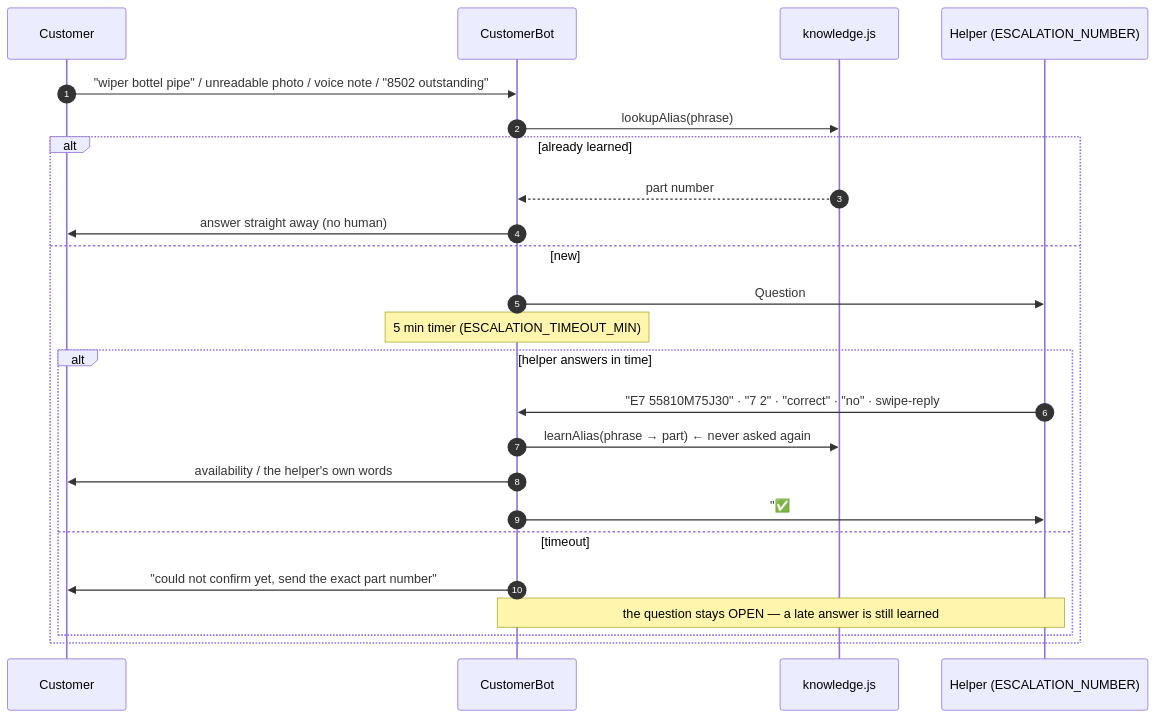
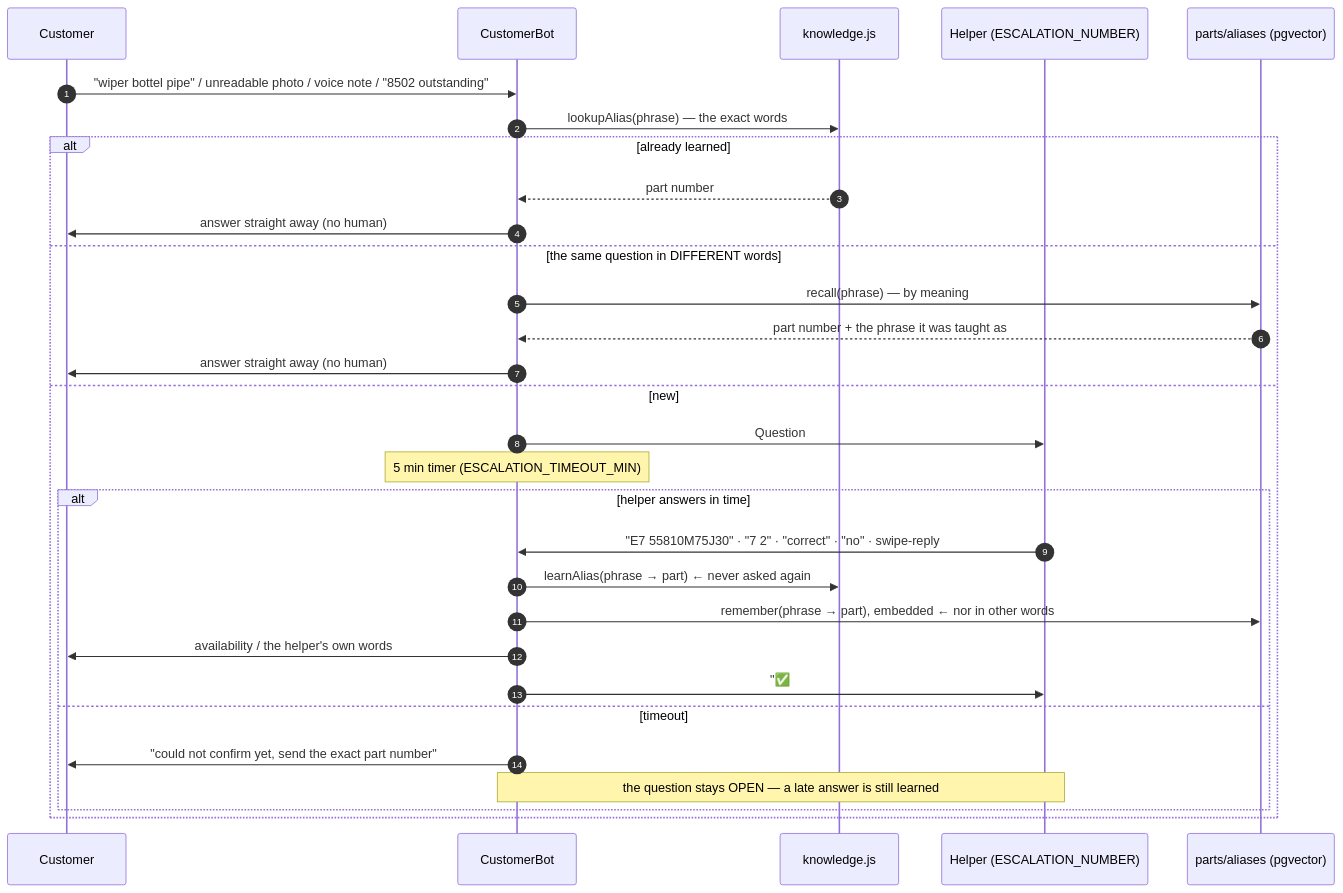
Before and after one commit to interns-arch/Autoflow-main: the eighth of 10 diagrams in docs/AGENTS_AND_DATA_FLOW.md, drawn with Mermaid. The commit also changed other lines of this file and 14 other files, not shown here.

````diff
--- a/docs/AGENTS_AND_DATA_FLOW.md
+++ b/docs/AGENTS_AND_DATA_FLOW.md
@@ -452,27 +452,34 @@
 ```mermaid
 sequenceDiagram
   autonumber
   participant C as Customer
   participant B as CustomerBot
   participant K as knowledge.js
   participant H as Helper (ESCALATION_NUMBER)
 
+  participant V as parts/aliases (pgvector)
+
   C->>B: "wiper bottel pipe" / unreadable photo / voice note / "8502 outstanding"
-  B->>K: lookupAlias(phrase)
+  B->>K: lookupAlias(phrase) — the exact words
   alt already learned
     K-->>B: part number
+    B->>C: answer straight away (no human)
+  else the same question in DIFFERENT words
+    B->>V: recall(phrase) — by meaning
+    V-->>B: part number + the phrase it was taught as
     B->>C: answer straight away (no human)
   else new
     B->>H: Question #7 — who is waiting, what is stuck,<br/>WHY, and exactly what reply ends it<br/>(photo or audio attached)
     Note over B: 5 min timer (ESCALATION_TIMEOUT_MIN)
     alt helper answers in time
       H->>B: "E7 55810M75J30" · "7 2" · "correct" · "no" · swipe-reply
       B->>K: learnAlias(phrase → part)  ← never asked again
+      B->>V: remember(phrase → part), embedded  ← nor in other words
       B->>C: availability / the helper's own words
       B->>H: "✅ #7 done — sent to +91 …" + what is still pending
     else timeout
       B->>C: "could not confirm yet, send the exact part number"
       Note over B,H: the question stays OPEN — a late answer is still learned
     end
   end
 ```
````
